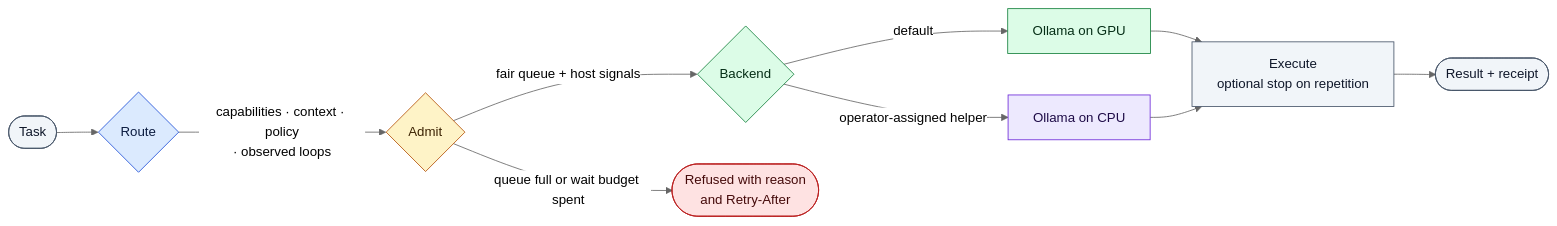
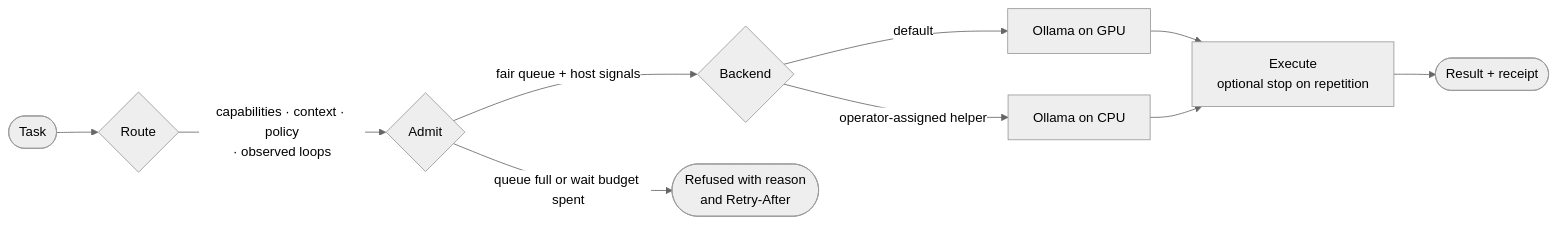
One commit to bgauryy/FreeLlama changed the third of 4 diagrams in README.md. Above: the diagram before and after it, drawn with Mermaid (neutral theme). The commit also changed other lines of this file and 146 other files, not shown here.

````diff
--- a/README.md
+++ b/README.md
@@ -193,25 +176,12 @@
 ```mermaid
 flowchart LR
     T(["Task"]) --> R{"Route"}
     R -->|"capabilities · context · policy<br/>· observed loops"| A{"Admit"}
     A -->|"fair queue + host signals"| B{"Backend"}
     B -->|"default"| GPU["Ollama on GPU"]
     B -->|"operator-assigned helper"| CPU["Ollama on CPU"]
     GPU --> X["Execute<br/>optional stop on repetition"]
     CPU --> X
     X --> Rc(["Result + receipt"])
     A -->|"queue full or wait budget spent"| No(["Refused with reason<br/>and Retry-After"])
-
-    classDef route fill:#dbeafe,stroke:#1d4ed8,color:#0b1b3f
-    classDef admit fill:#fef3c7,stroke:#b45309,color:#3b2203
-    classDef gpu fill:#dcfce7,stroke:#15803d,color:#052e16
-    classDef cpu fill:#ede9fe,stroke:#6d28d9,color:#1e0b47
-    classDef stop fill:#fee2e2,stroke:#b91c1c,color:#450a0a
-    classDef done fill:#f1f5f9,stroke:#475569,color:#0f172a
-    class R route
-    class A admit
-    class B,GPU gpu
-    class CPU cpu
-    class No stop
-    class T,X,Rc done
 ```
````
